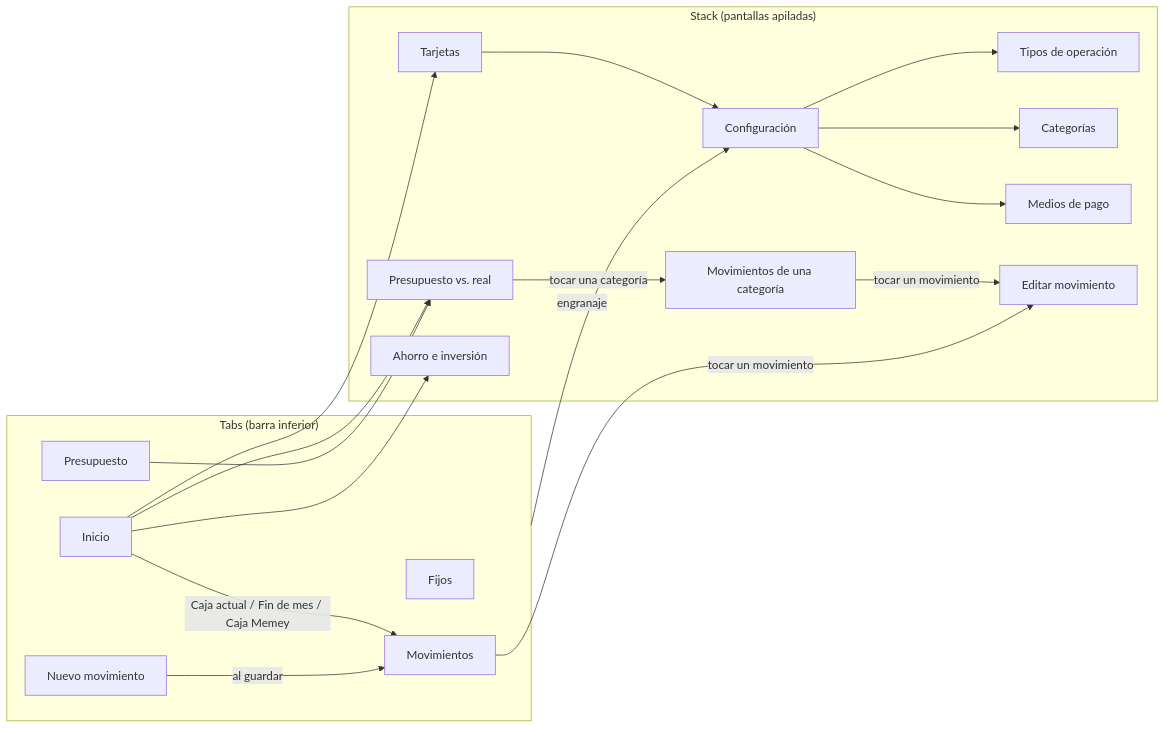
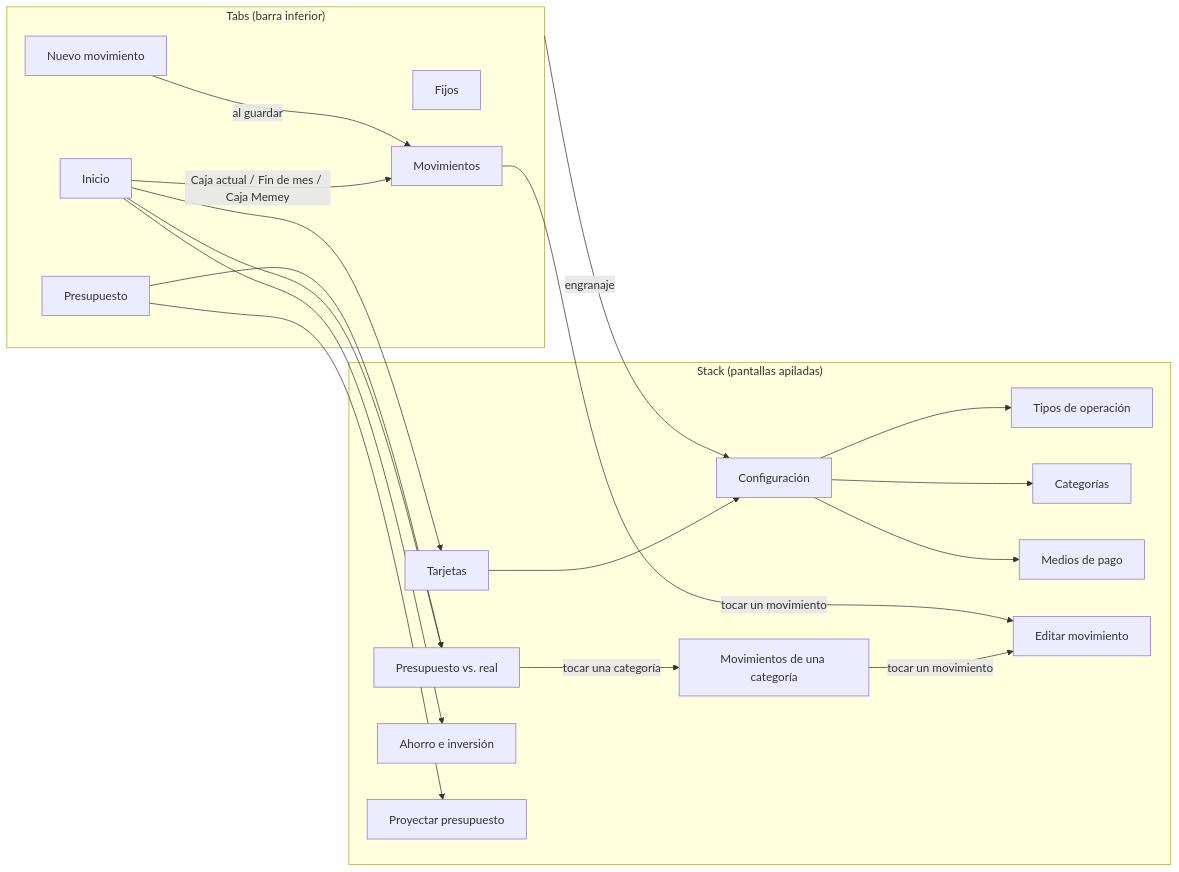
The second of 2 diagrams in docs/app-mobile.md (pmarcore/mis_finanzas_app), drawn with Mermaid before and after one commit. The commit also changed other lines of this file and 14 other files, not shown here.

````diff
--- a/docs/app-mobile.md
+++ b/docs/app-mobile.md
@@ -37,35 +37,37 @@
 ```mermaid
 flowchart LR
   subgraph Tabs["Tabs (barra inferior)"]
     Inicio
     Movimientos
     Nuevo["Nuevo movimiento"]
     Fijos
     Presupuesto
   end
   subgraph Stack["Stack (pantallas apiladas)"]
     Reporte["Presupuesto vs. real"]
     Tarjetas
     Configuracion["Configuración"]
     TiposOperacion["Tipos de operación"]
     Categorias["Categorías"]
     MediosPago["Medios de pago"]
     Ahorro["Ahorro e inversión"]
     EditarMovimiento["Editar movimiento"]
     MovimientosCategoria["Movimientos de una categoría"]
+    ProyectarPresupuesto["Proyectar presupuesto"]
   end
   Inicio -->|Caja actual / Fin de mes / Caja Memey| Movimientos
   Inicio --> Tarjetas
   Inicio --> Reporte
   Inicio --> Ahorro
   Presupuesto --> Reporte
+  Presupuesto --> ProyectarPresupuesto
   Reporte -->|tocar una categoría| MovimientosCategoria
   MovimientosCategoria -->|tocar un movimiento| EditarMovimiento
   Nuevo -->|al guardar| Movimientos
   Movimientos -->|tocar un movimiento| EditarMovimiento
   Tarjetas --> Configuracion
   Tabs -->|engranaje| Configuracion
   Configuracion --> TiposOperacion
   Configuracion --> Categorias
   Configuracion --> MediosPago
 ```
````
